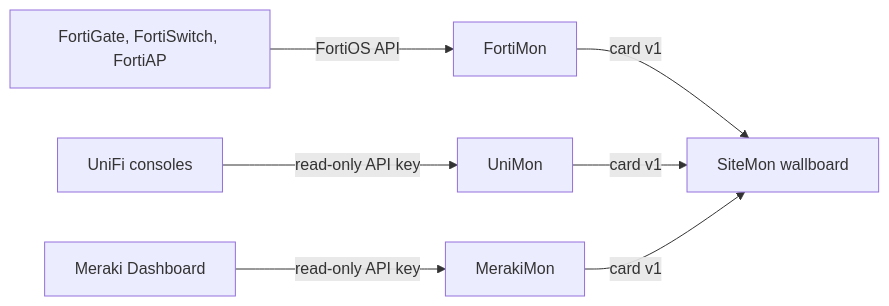
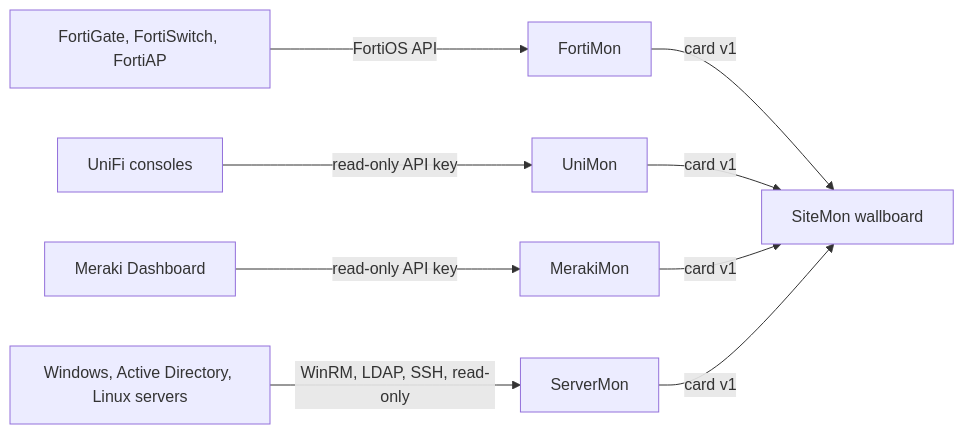
Before and after one commit to RowShack/MonStack: the diagram in README.md, drawn with Mermaid. The commit also changed other lines of this file, not shown here.

Commit message:
Landing page: ServerMon 0.1.0

````diff
--- a/README.md
+++ b/README.md
@@ -54,9 +61,11 @@
 ```mermaid
 flowchart LR
     F[FortiGate, FortiSwitch, FortiAP] -->|FortiOS API| FM[FortiMon]
     U[UniFi consoles] -->|read-only API key| UM[UniMon]
     M[Meraki Dashboard] -->|read-only API key| MM[MerakiMon]
+    W[Windows, Active Directory, Linux servers] -->|WinRM, LDAP, SSH, read-only| SV[ServerMon]
     FM -->|card v1| SM[SiteMon wallboard]
     UM -->|card v1| SM
     MM -->|card v1| SM
+    SV -->|card v1| SM
 ```
````
